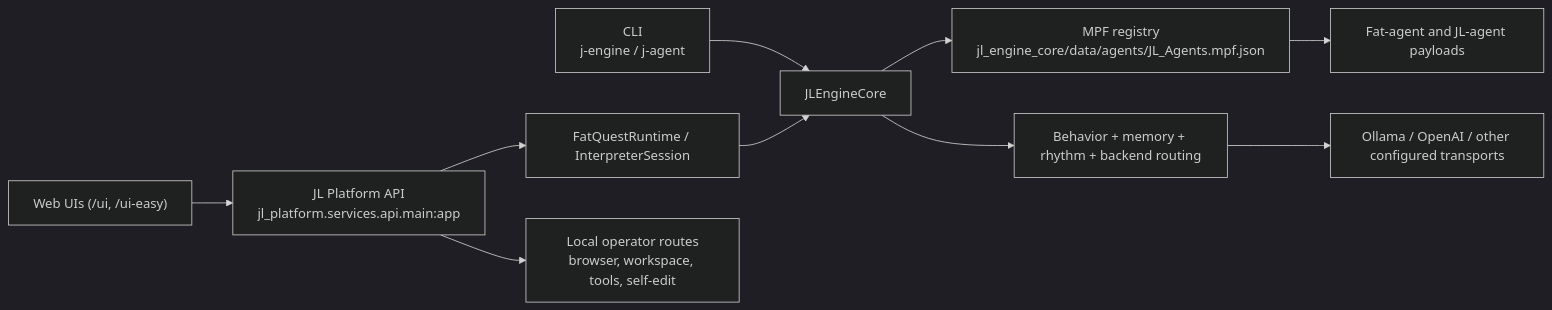
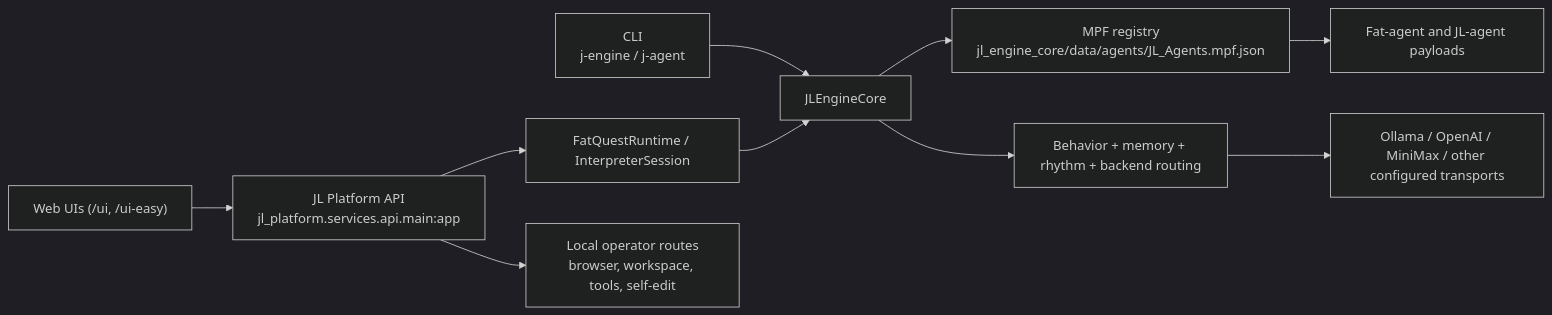
Before and after one commit to jaden688/JL_Engine-local: the diagram in ARCHITECTURE.md, drawn with Mermaid (dark theme). The commit also changed 3 other files, not shown here.

First line of the commit message:
feat: add MiniMax provider support

````diff
--- a/ARCHITECTURE.md
+++ b/ARCHITECTURE.md
@@ -15,12 +15,12 @@
 ```mermaid
 flowchart LR
     UI["Web UIs (/ui, /ui-easy)"] --> API["JL Platform API\njl_platform.services.api.main:app"]
     CLI["CLI\nj-engine / j-agent"] --> Core["JLEngineCore"]
     API --> Quest["FatQuestRuntime / InterpreterSession"]
     API --> Admin["Local operator routes\nbrowser, workspace, tools, self-edit"]
     Quest --> Core
     Core --> Registry["MPF registry\njl_engine_core/data/agents/JL_Agents.mpf.json"]
     Registry --> Payloads["Fat-agent and JL-agent payloads"]
     Core --> State["Behavior + memory + rhythm + backend routing"]
-    State --> Backends["Ollama / OpenAI / other configured transports"]
+    State --> Backends["Ollama / OpenAI / MiniMax / other configured transports"]
 ```
````
